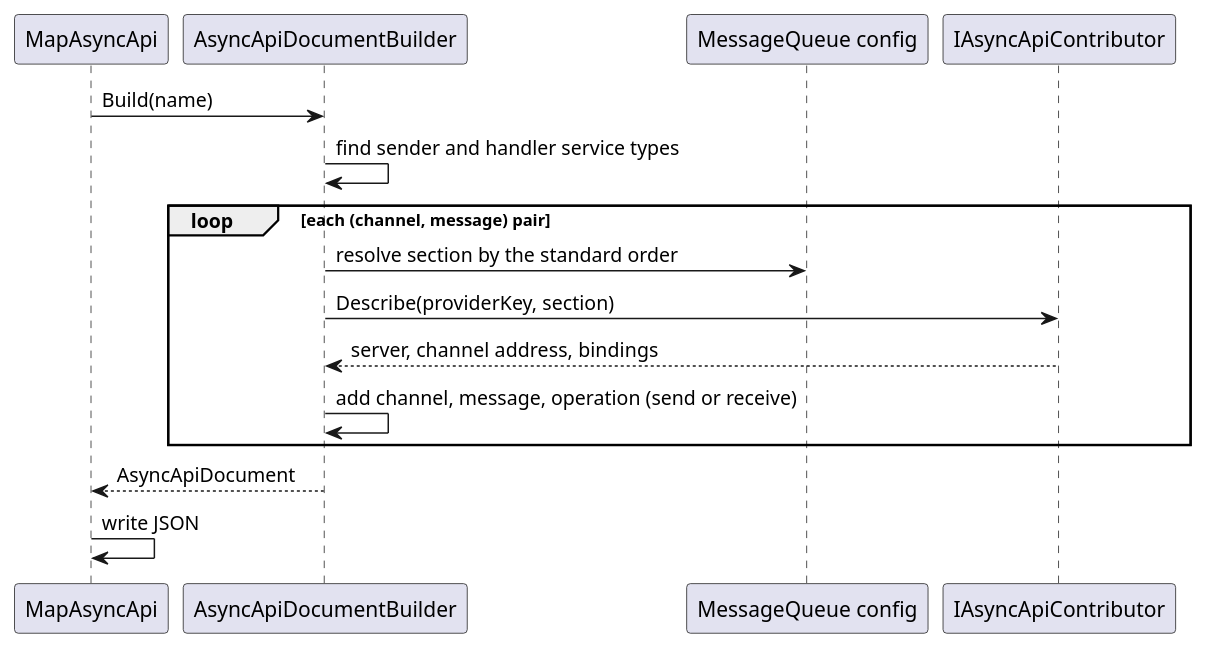
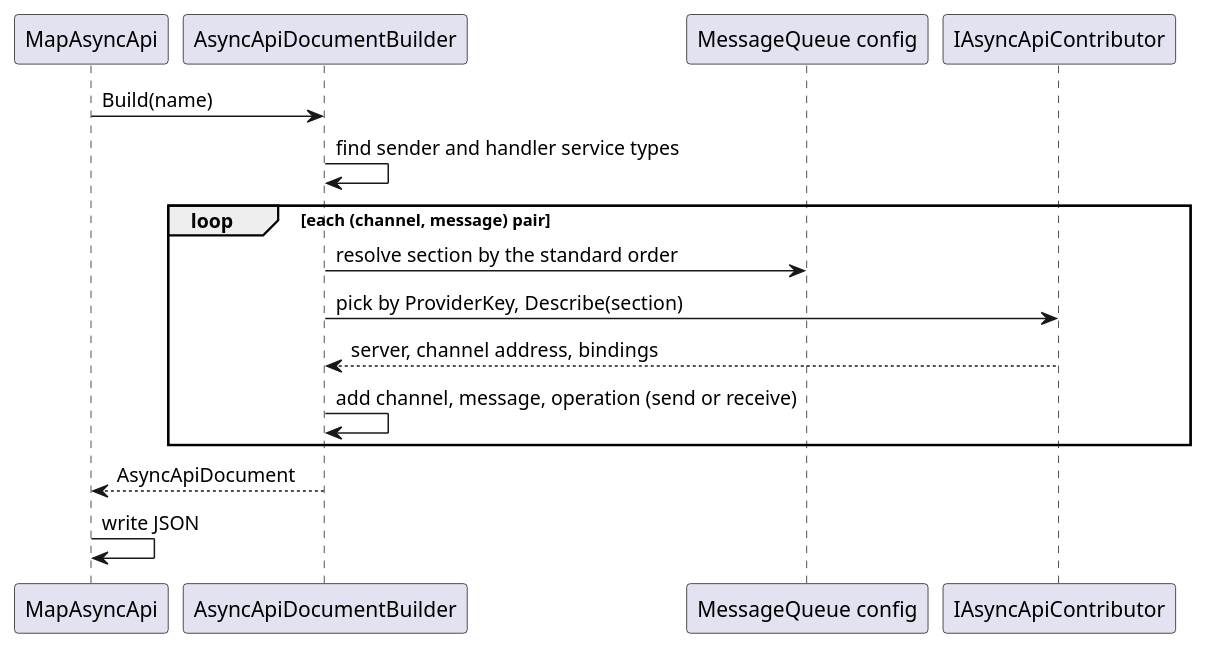
The second of 2 diagrams in docs/design/AsyncApi/architecture.md (OutOfBandDevelopment/dotex), drawn with PlantUML before and after one commit. The commit also changed other lines of this file and 5 other files, not shown here.

````diff
--- a/docs/design/AsyncApi/architecture.md
+++ b/docs/design/AsyncApi/architecture.md
@@ -48,18 +48,18 @@
 ```plantuml
 @startuml
 participant "MapAsyncApi" as Map
 participant "AsyncApiDocumentBuilder" as B
 participant "MessageQueue config" as Cfg
 participant "IAsyncApiContributor" as C
 Map -> B : Build(name)
 B -> B : find sender and handler service types
 loop each (channel, message) pair
   B -> Cfg : resolve section by the standard order
-  B -> C : Describe(providerKey, section)
+  B -> C : pick by ProviderKey, Describe(section)
   C --> B : server, channel address, bindings
   B -> B : add channel, message, operation (send or receive)
 end
 B --> Map : AsyncApiDocument
 Map -> Map : write JSON
 @enduml
 ```
````
